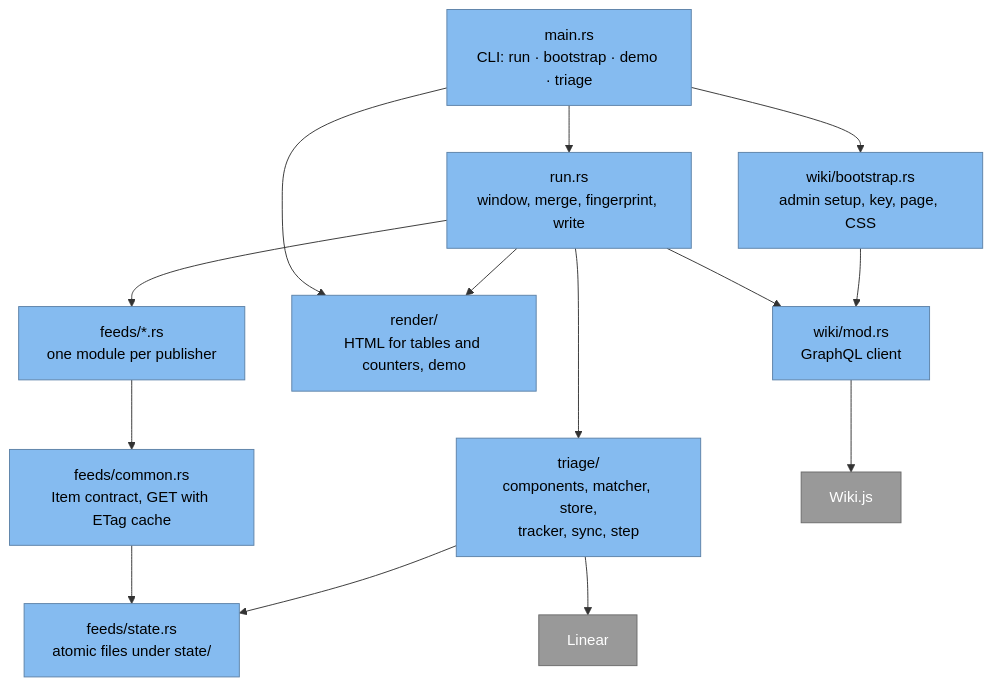
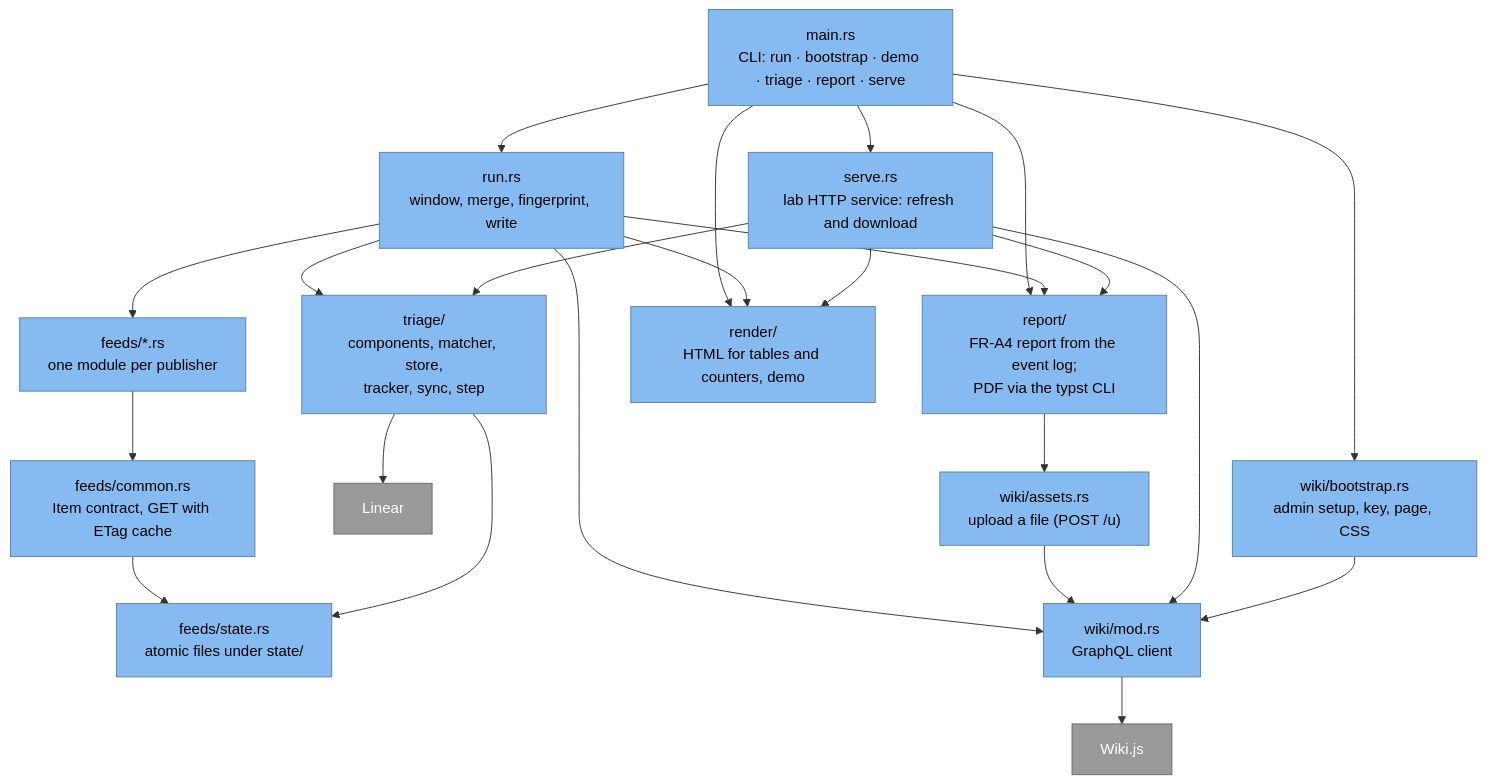
Before and after one commit to mckema/cyber-dashboard: the third of 4 diagrams in README.md, drawn with Mermaid. The commit also changed other lines of this file and 21 other files, not shown here.

````diff
--- a/README.md
+++ b/README.md
@@ -120,26 +129,31 @@
 ```mermaid
 flowchart TB
   classDef component fill:#85bbf0,stroke:#5d82a8,color:#000
   classDef ext fill:#999,stroke:#6b6b6b,color:#fff
 
-  main["main.rs<br/>CLI: run · bootstrap · demo · triage"]:::component
+  main["main.rs<br/>CLI: run · bootstrap · demo · triage · report · serve"]:::component
+  rep["report/<br/>FR-A4 report from the event log;<br/>PDF via the typst CLI"]:::component
+  srv["serve.rs<br/>lab HTTP service: refresh and download"]:::component
+  assets["wiki/assets.rs<br/>upload a file (POST /u)"]:::component
   run["run.rs<br/>window, merge, fingerprint, write"]:::component
   tri["triage/<br/>components, matcher, store,<br/>tracker, sync, step"]:::component
   lin["Linear"]:::ext
   feeds["feeds/*.rs<br/>one module per publisher"]:::component
   common["feeds/common.rs<br/>Item contract, GET with ETag cache"]:::component
   st["feeds/state.rs<br/>atomic files under state/"]:::component
   render["render/<br/>HTML for tables and counters, demo"]:::component
   wiki["wiki/mod.rs<br/>GraphQL client"]:::component
   boot["wiki/bootstrap.rs<br/>admin setup, key, page, CSS"]:::component
   wjs["Wiki.js"]:::ext
 
-  main --> run & boot & render
+  main --> run & boot & render & rep & srv
   run --> feeds --> common --> st
   run --> tri --> st
   tri --> lin
   run --> render
   run --> wiki
+  run --> rep --> assets --> wiki
+  srv --> tri & render & wiki & rep
   boot --> wiki
   wiki --> wjs
 ```
````
